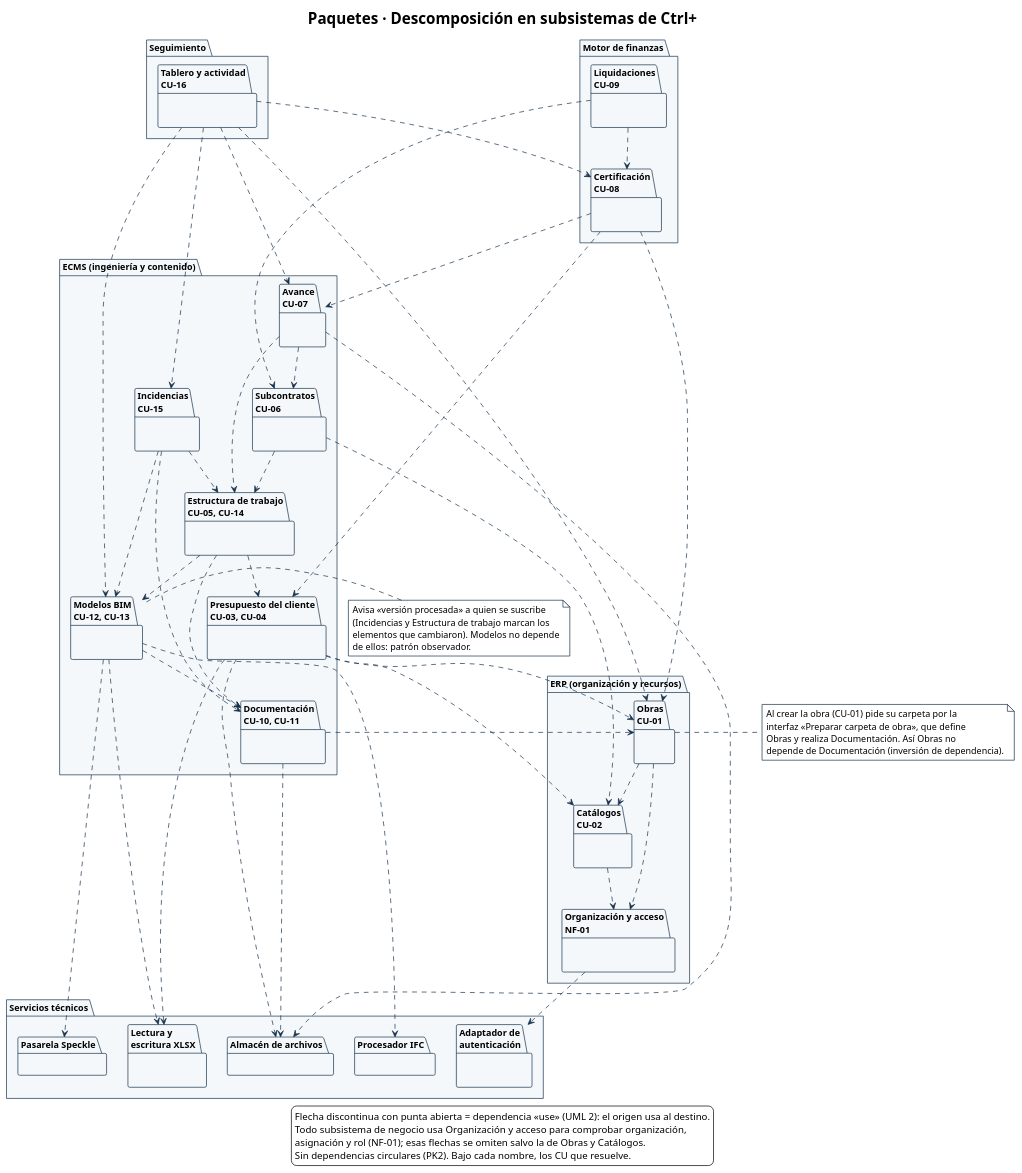
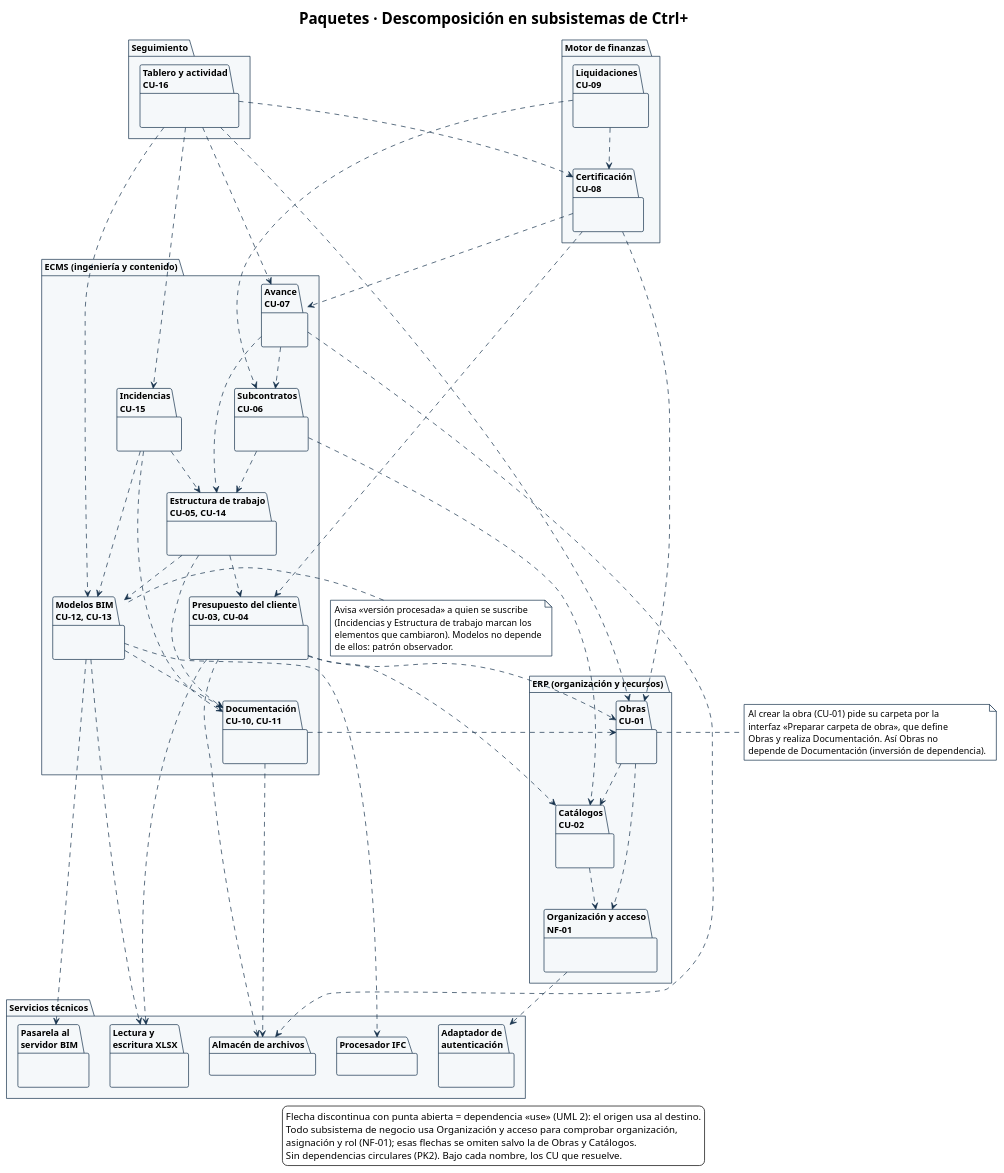
Before and after one commit to Ssrrb/tpf-uca: the diagram in diagramas/CU-00-paquetes-4-subsistemas.puml, drawn with PlantUML. The commit also changed 3 other files, not shown here.

```diff
--- a/diagramas/CU-00-paquetes-4-subsistemas.puml
+++ b/diagramas/CU-00-paquetes-4-subsistemas.puml
@@ -1,134 +1,134 @@
 @startuml
 !theme plain
 skinparam style strictuml
 title Paquetes · Descomposición en subsistemas de Ctrl+
 skinparam shadowing false
 skinparam defaultFontName Arial
 skinparam defaultFontSize 13
 skinparam ArrowColor #17324D
 skinparam nodesep 30
 skinparam ranksep 60
 skinparam package {
   BackgroundColor #F5F8FA
   BorderColor #17324D
 }
 skinparam note {
   BackgroundColor #FFFFFF
   BorderColor #17324D
 }
 
 package "Seguimiento" as SEGP {
   package "Tablero y actividad\nCU-16" as SEG {
   }
 }
 
 package "Motor de finanzas" as MF {
   package "Certificación\nCU-08" as CER {
   }
   package "Liquidaciones\nCU-09" as LIQ {
   }
 }
 
 package "ECMS (ingeniería y contenido)" as ECMS {
   package "Presupuesto del cliente\nCU-03, CU-04" as PRE {
   }
   package "Estructura de trabajo\nCU-05, CU-14" as EST {
   }
   package "Subcontratos\nCU-06" as SUB {
   }
   package "Avance\nCU-07" as AVA {
   }
   package "Incidencias\nCU-15" as INC {
   }
   package "Modelos BIM\nCU-12, CU-13" as MOD {
   }
   package "Documentación\nCU-10, CU-11" as DOC {
   }
 }
 
 package "ERP (organización y recursos)" as ERP {
   package "Obras\nCU-01" as OBR {
   }
   package "Catálogos\nCU-02" as CAT {
   }
   package "Organización y acceso\nNF-01" as ACC {
   }
 }
 
 package "Servicios técnicos" as ST {
   package "Adaptador de\nautenticación" as IDN {
   }
   package "Almacén de archivos" as ALM {
   }
   package "Procesador IFC" as PIFC {
   }
-  package "Pasarela Speckle" as SPK {
+  package "Pasarela al\nservidor BIM" as SPK {
   }
   package "Lectura y\nescritura XLSX" as XLS {
   }
 }
 
 ' Seguimiento: solo lee
 SEG ..> CER
 SEG ..> AVA
 SEG ..> INC
 SEG ..> MOD
 SEG ..> OBR
 
 ' Motor de finanzas
 LIQ ..> CER
 LIQ ..> SUB
 CER ..> AVA
 CER ..> PRE
 CER ..> OBR
 
 ' ECMS
 AVA ..> SUB
 AVA ..> EST
 AVA ..> ALM
 SUB ..> EST
 SUB ..> CAT
 INC ..> EST
 INC ..> MOD
 INC ..> DOC
 EST ..> PRE
 EST ..> MOD
 EST ..> DOC
 PRE ..> OBR
 PRE ..> CAT
 PRE ..> XLS
 PRE ..> ALM
 MOD ..> DOC
 MOD ..> PIFC
 MOD ..> SPK
 MOD ..> XLS
 DOC ..> OBR
 DOC ..> ALM
 
 ' ERP
 OBR ..> CAT
 OBR ..> ACC
 CAT ..> ACC
 ACC ..> IDN
 
 note right of OBR
   Al crear la obra (CU-01) pide su carpeta por la
   interfaz «Preparar carpeta de obra», que define
   Obras y realiza Documentación. Así Obras no
   depende de Documentación (inversión de dependencia).
 end note
 
 note left of MOD
   Avisa «versión procesada» a quien se suscribe
   (Incidencias y Estructura de trabajo marcan los
   elementos que cambiaron). Modelos no depende
   de ellos: patrón observador.
 end note
 
 legend bottom
   Flecha discontinua con punta abierta = dependencia «use» (UML 2): el origen usa al destino.
   Todo subsistema de negocio usa Organización y acceso para comprobar organización,
   asignación y rol (NF-01); esas flechas se omiten salvo la de Obras y Catálogos.
   Sin dependencias circulares (PK2). Bajo cada nombre, los CU que resuelve.
 endlegend
 @enduml
```
